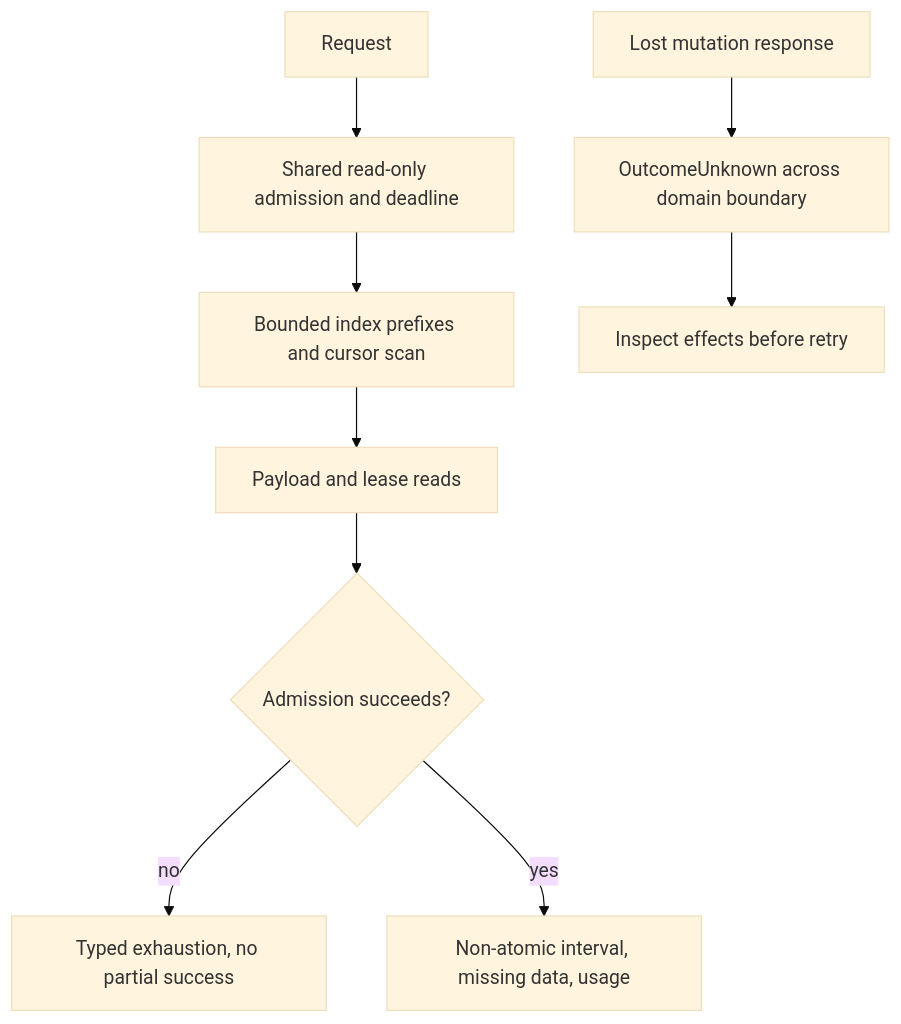
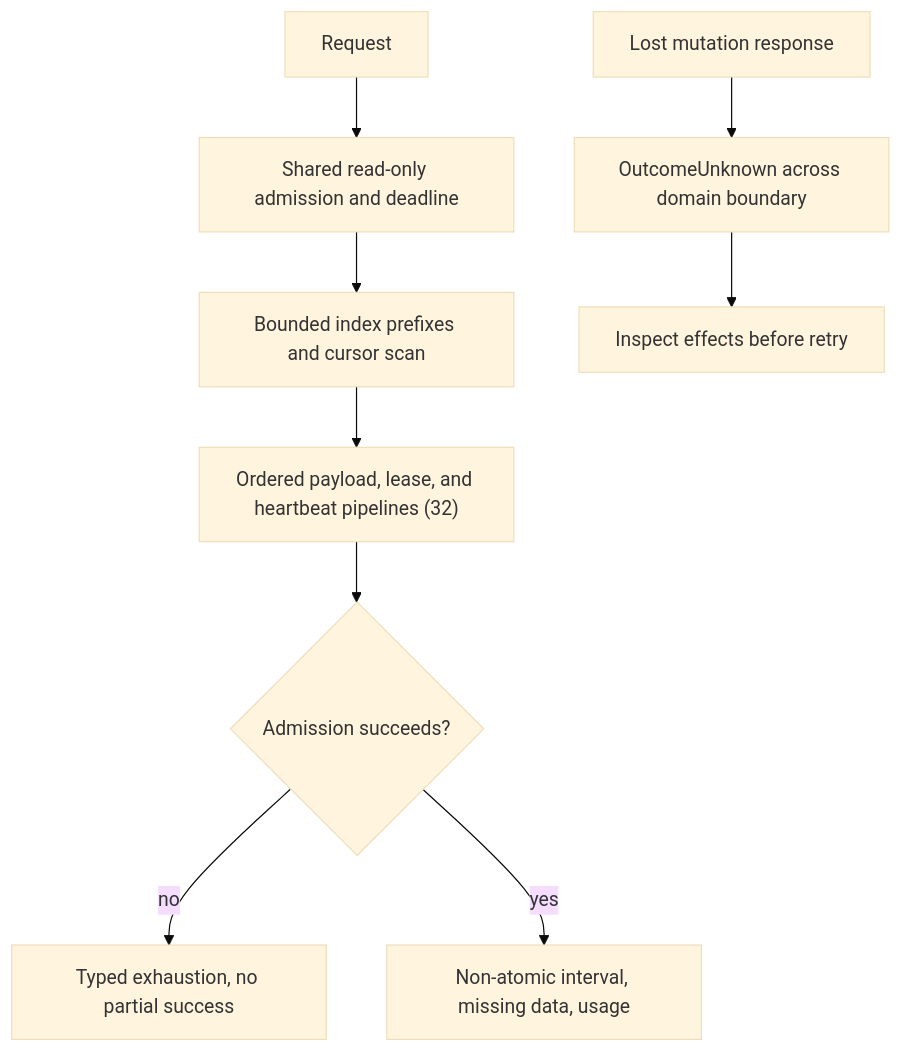
One commit to tao3k/xiuxian-artisan-workshop changed the second of 2 diagrams in docs/30_research/2026-09-12-was-storage-refactoring-plan.org. Above: the diagram before and after it, drawn with Mermaid (base theme). The commit also changed other lines of this file and 8 other files, not shown here.

```diff
--- a/docs/30_research/2026-09-12-was-storage-refactoring-plan.org
+++ b/docs/30_research/2026-09-12-was-storage-refactoring-plan.org
@@ -231,11 +238,11 @@
 #+begin_src mermaid
 flowchart TD
   Request --> Session["Shared read-only admission and deadline"]
   Session --> Index["Bounded index prefixes and cursor scan"]
-  Index --> Payload["Payload and lease reads"]
+  Index --> Payload["Ordered payload, lease, and heartbeat pipelines (32)"]
   Payload --> Admission{"Admission succeeds?"}
   Admission -->|no| Error["Typed exhaustion, no partial success"]
   Admission -->|yes| Receipt["Non-atomic interval, missing data, usage"]
   Write["Lost mutation response"] --> Unknown["OutcomeUnknown across domain boundary"]
   Unknown --> Inspect["Inspect effects before retry"]
 #+end_src
```
